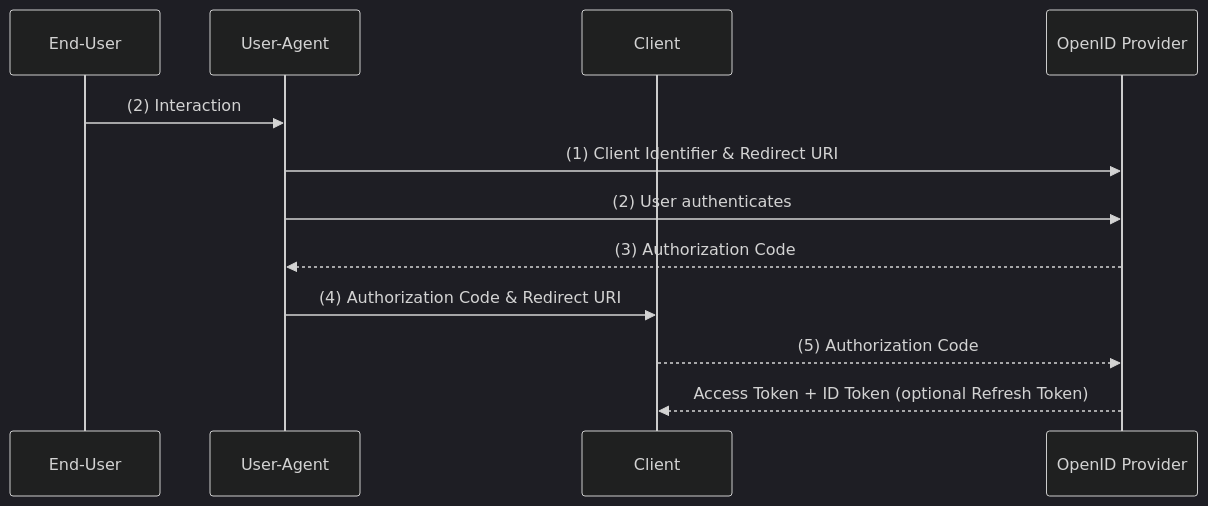
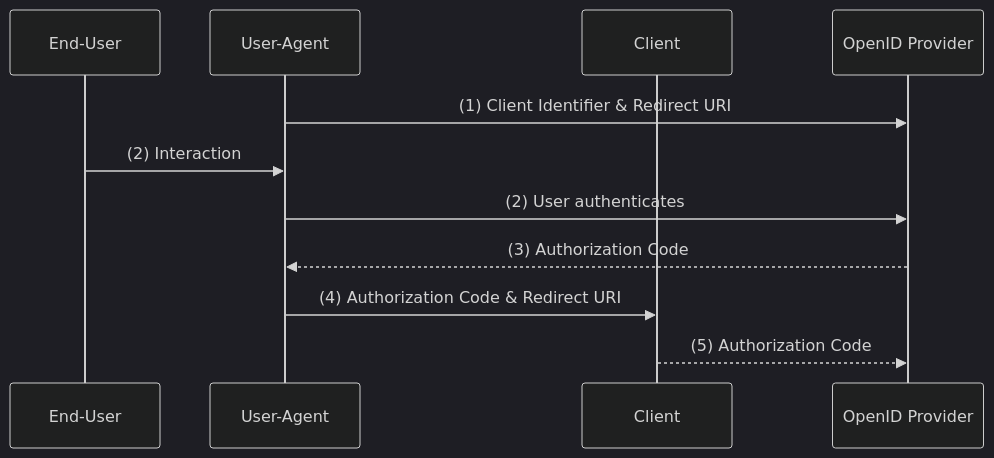
The diagram in media/authorization-code-flow.md (Logius-standaarden/OIDC-NLGOV), drawn with Mermaid (dark theme) before and after one commit. The commit also changed other lines of this file and 3 other files, not shown here.

Commit message:
Beheer: Flow diagram fix

````diff
--- a/media/authorization-code-flow.md
+++ b/media/authorization-code-flow.md
@@ -3,15 +1,14 @@
 ```mermaid
 sequenceDiagram
     participant EndUser as End-User
     participant UserAgent as User-Agent
     participant Client as Client
     participant OP as OpenID Provider
 
+    UserAgent ->> OP: (1) Client Identifier & Redirect URI
     EndUser ->> UserAgent: (2) Interaction
-    UserAgent ->> OP: (1) Client Identifier & Redirect URI
     UserAgent ->> OP: (2) User authenticates
     OP -->> UserAgent: (3) Authorization Code
     UserAgent ->> Client: (4) Authorization Code & Redirect URI
     Client -->> OP: (5) Authorization Code
-    OP -->> Client: Access Token + ID Token (optional Refresh Token)
 ```
````
